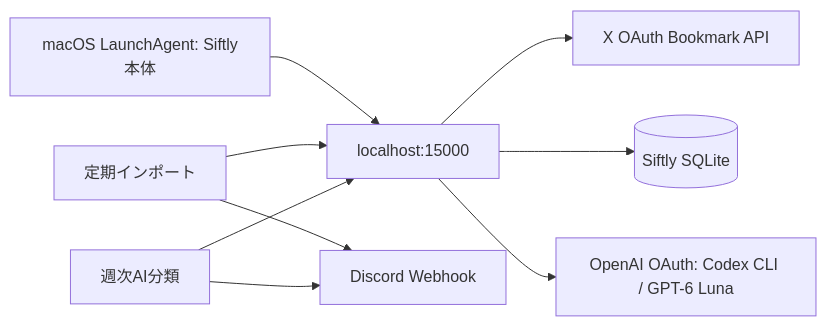
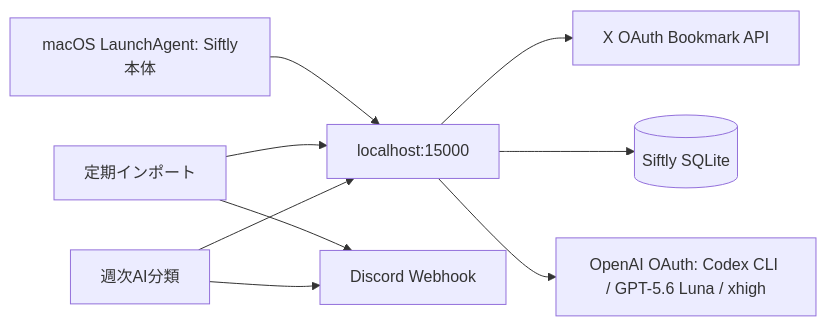
Before and after one commit to moemic/Siftly: the diagram in .codex/plans/2026-09-26-siftly-work-ledger.md, drawn with Mermaid. The commit also changed other lines of this file and 3 other files, not shown here.

Commit message:
Support GPT-5.6 Luna categorization

````diff
--- a/.codex/plans/2026-09-26-siftly-work-ledger.md
+++ b/.codex/plans/2026-09-26-siftly-work-ledger.md
@@ -18,11 +18,11 @@
 ```mermaid
 flowchart LR
   S[macOS LaunchAgent: Siftly本体] --> A[localhost:15000]
   I[定期インポート] --> A
   C[週次AI分類] --> A
   A --> X[X OAuth Bookmark API]
   A --> DB[(Siftly SQLite)]
-  A --> L[OpenAI OAuth: Codex CLI / GPT-6 Luna]
+  A --> L[OpenAI OAuth: Codex CLI / GPT-5.6 Luna / xhigh]
   I --> D[Discord Webhook]
   C --> D
 ```
````
